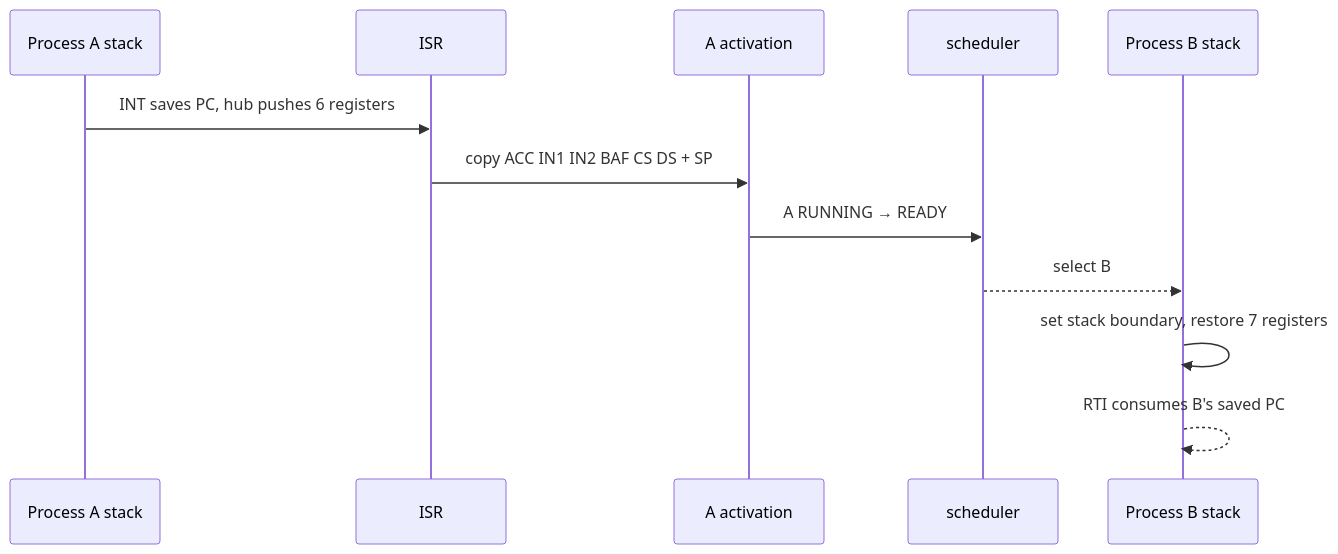
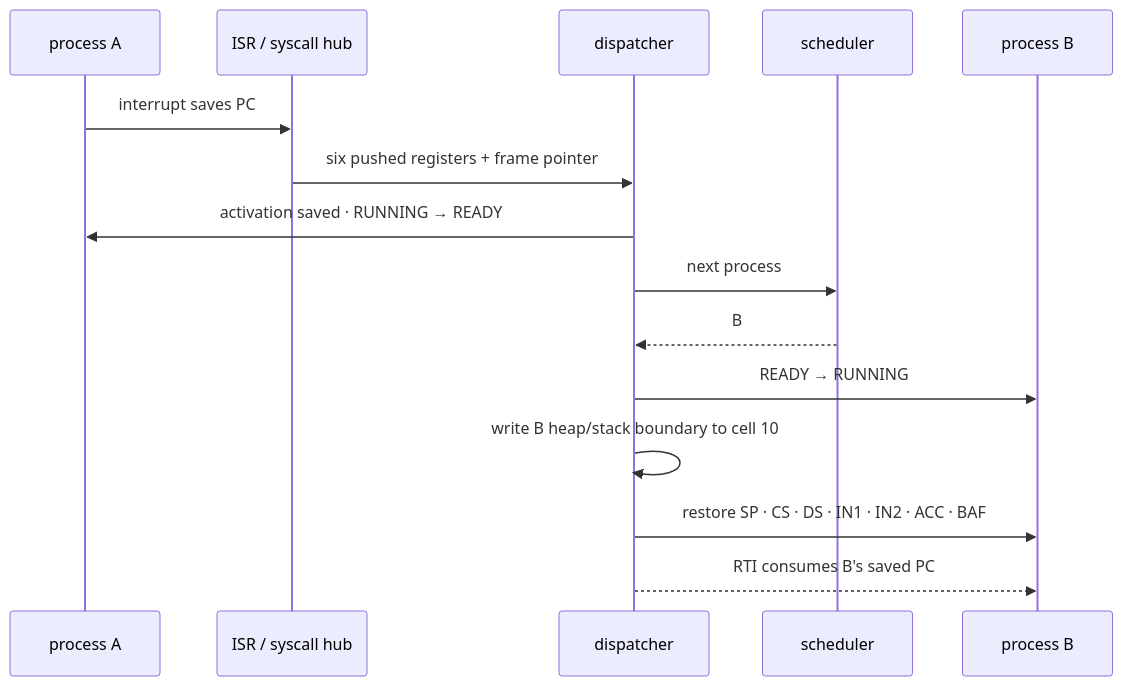
The tenth of 13 diagrams in slides.md (matthejue/Pico-OS_Presentation), drawn with Mermaid before and after one commit. The commit also changed other lines of this file and 10 other files, not shown here.

````diff
--- a/slides.md
+++ b/slides.md
@@ -764,14 +1210,17 @@
-```mermaid
+```mermaid {scale:0.78}
 sequenceDiagram
-    participant A as Process A stack
-    participant ISR
-    participant PCB as A activation
+    participant A as process A
+    participant I as ISR / syscall hub
+    participant D as dispatcher
     participant S as scheduler
-    participant B as Process B stack
-    A->>ISR: INT saves PC, hub pushes 6 registers
-    ISR->>PCB: copy ACC IN1 IN2 BAF CS DS + SP
-    PCB->>S: A RUNNING → READY
-    S-->>B: select B
-    B->>B: set stack boundary, restore 7 registers
-    B-->>B: RTI consumes B's saved PC
+    participant B as process B
+    A->>I: interrupt saves PC
+    I->>D: six pushed registers + frame pointer
+    D->>A: activation saved · RUNNING → READY
+    D->>S: next process
+    S-->>D: B
+    D->>B: READY → RUNNING
+    D->>D: write B heap/stack boundary to cell 10
+    D->>B: restore SP · CS · DS · IN1 · IN2 · ACC · BAF
+    D-->>B: RTI consumes B's saved PC
 ```
````
